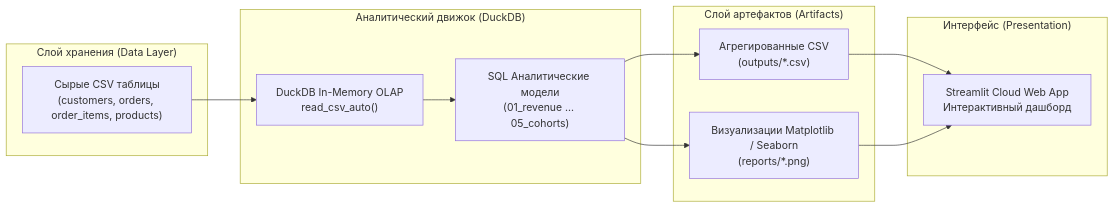
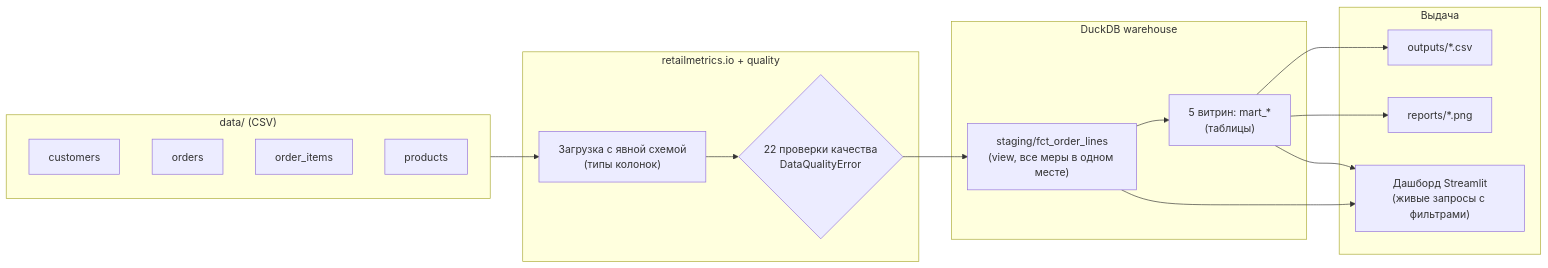
The diagram in README.ru.md (lllexalllepexa/portfolio-retailmetrics), drawn with Mermaid before and after one commit. The commit also changed other lines of this file and 43 other files, not shown here.

Commit message:
refactor: implement audit recommendations, staging layer, and data quality gates

````diff
--- a/README.ru.md
+++ b/README.ru.md
@@ -44,27 +95,22 @@
 ```mermaid
 flowchart LR
-    subgraph Storage ["Слой хранения (Data Layer)"]
-        CSV["Сырые CSV таблицы<br/>(customers, orders, order_items, products)"]
+    subgraph Raw["data/ (CSV)"]
+        C[customers] & O[orders] & OI[order_items] & P[products]
     end
-
-    subgraph OLAP ["Аналитический движок (DuckDB)"]
-        DDB["DuckDB In-Memory OLAP<br/>read_csv_auto()"]
-        SQL["SQL Аналитические модели<br/>(01_revenue ... 05_cohorts)"]
+    subgraph Load["retailmetrics.io + quality"]
+        L["Загрузка с явной схемой<br/>(типы колонок)"]
+        Q{"22 проверки качества<br/>DataQualityError"}
     end
-
-    subgraph Output ["Слой артефактов (Artifacts)"]
-        CSVO["Агрегированные CSV<br/>(outputs/*.csv)"]
-        PNG["Визуализации Matplotlib / Seaborn<br/>(reports/*.png)"]
+    subgraph Model["DuckDB warehouse"]
+        S["staging/fct_order_lines<br/>(view, все меры в одном месте)"]
+        M["5 витрин: mart_*<br/>(таблицы)"]
     end
-
-    subgraph Presentation ["Интерфейс (Presentation)"]
-        APP["Streamlit Cloud Web App<br/>Интерактивный дашборд"]
+    subgraph Serve["Выдача"]
+        CSV["outputs/*.csv"]
+        PNG["reports/*.png"]
+        APP["Дашборд Streamlit<br/>(живые запросы с фильтрами)"]
     end
-
-    CSV --> DDB
-    DDB --> SQL
-    SQL --> CSVO
-    SQL --> PNG
-    CSVO --> APP
-    PNG --> APP
+    Raw --> L --> Q --> S --> M
+    M --> CSV & PNG
+    S & M --> APP
 ```
````
